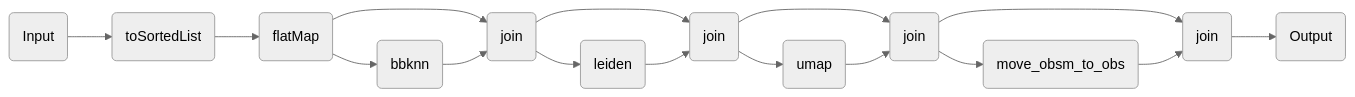
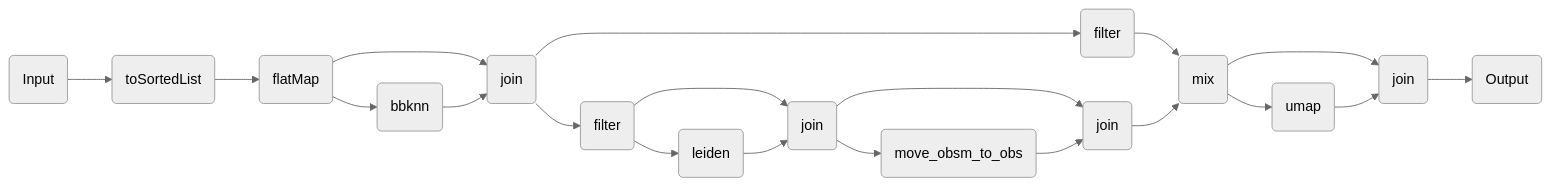
One commit to openpipelines-bio/website changed the diagram in components/workflows/multiomics/integration/bbknn_leiden.qmd. Above: the diagram before and after it, drawn with Mermaid (neutral theme). The commit also changed other lines of this file and 92 other files, not shown here.

````diff
--- a/components/workflows/multiomics/integration/bbknn_leiden.qmd
+++ b/components/workflows/multiomics/integration/bbknn_leiden.qmd
@@ -143,32 +143,39 @@
 ```{mermaid}
 %%| column: screen-inset-shaded
 flowchart LR
     p0(Input)
     p2(toSortedList)
     p4(flatMap)
     p10(bbknn)
     p12(join)
-    p20(leiden)
-    p22(join)
-    p30(umap)
-    p32(join)
-    p40(move_obsm_to_obs)
-    p42(join)
-    p48(Output)
+    p15(filter)
+    p21(leiden)
+    p23(join)
+    p31(move_obsm_to_obs)
+    p33(join)
+    p37(mix)
+    p36(filter)
+    p43(umap)
+    p45(join)
+    p51(Output)
+    p36-->p37
     p0-->p2
     p2-->p4
     p4-->p12
     p4-->p10
     p10-->p12
-    p12-->p22
-    p12-->p20
-    p20-->p22
-    p22-->p32
-    p22-->p30
-    p30-->p32
-    p32-->p42
-    p32-->p40
-    p40-->p42
-    p42-->p48
+    p12-->p15
+    p12-->p36
+    p15-->p23
+    p15-->p21
+    p21-->p23
+    p23-->p33
+    p23-->p31
+    p31-->p33
+    p33-->p37
+    p37-->p45
+    p37-->p43
+    p43-->p45
+    p45-->p51
 
 ```
````
